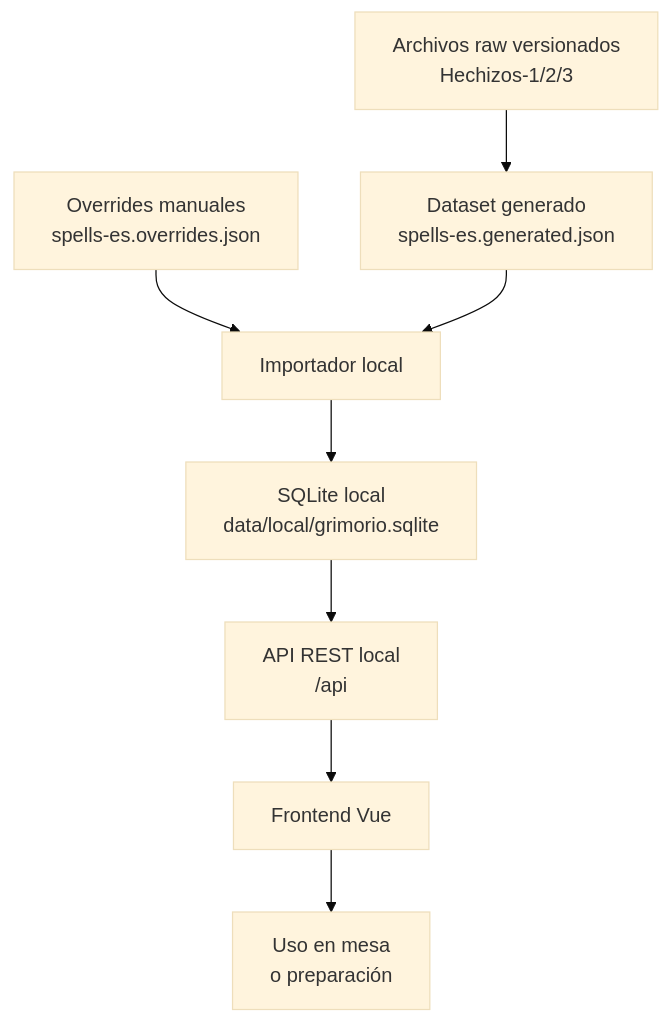
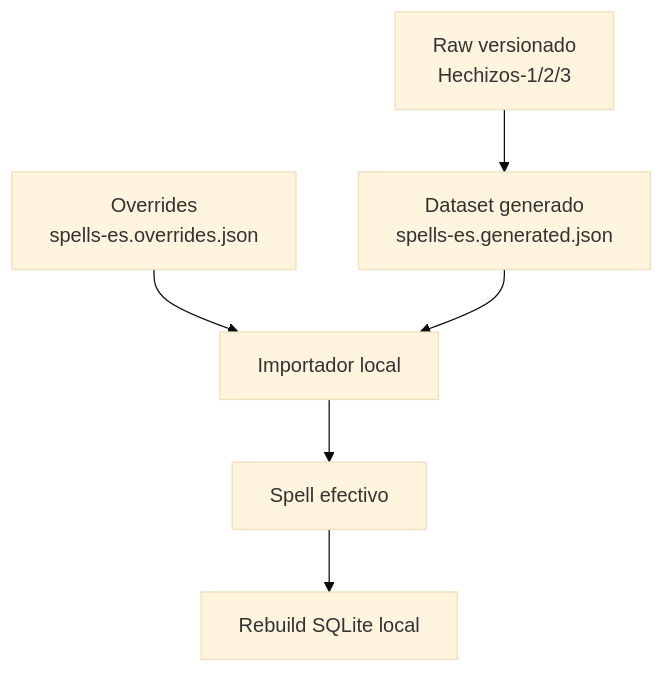
One commit to albertinizao/Grimorio-Pathfinder changed the second of 18 diagrams in docs/09-diagramas-flujos-secuencia.md. Above: the diagram before and after it, drawn with Mermaid (base theme). The commit also changed other lines of this file, not shown here.

Commit message:
Expand architecture and flow diagrams documentation

````diff
--- a/docs/09-diagramas-flujos-secuencia.md
+++ b/docs/09-diagramas-flujos-secuencia.md
@@ -9,16 +84,11 @@
 ```mermaid
 flowchart TD
-  A[Archivos raw versionados
+  A[Raw versionado
 Hechizos-1/2/3] --> B[Dataset generado
 spells-es.generated.json]
-  C[Overrides manuales
+  C[Overrides
 spells-es.overrides.json] --> D[Importador local]
   B --> D
-  D --> E[SQLite local
-data/local/grimorio.sqlite]
-  E --> F[API REST local
-/api]
-  F --> G[Frontend Vue]
-  G --> H[Uso en mesa
-o preparación]
+  D --> E[Spell efectivo]
+  E --> F[Rebuild SQLite local]
 ```
````
